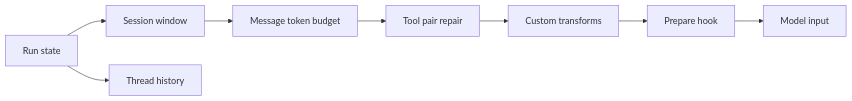
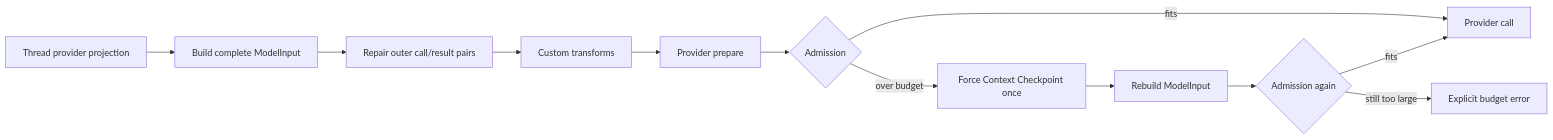
One commit to LunaY77/ello changed the diagram in docs/compact/request-message-trimming.md. Above: the diagram before and after it, drawn with Mermaid. The commit also changed other lines of this file and 617 other files, not shown here.

````diff
--- a/docs/compact/request-message-trimming.md
+++ b/docs/compact/request-message-trimming.md
@@ -19,10 +34,14 @@
 ```mermaid
 flowchart LR
-  S[Run state] --> W[Session window]
-  W --> B[Message token budget]
-  B --> P[Tool pair repair]
+  T[Thread provider projection] --> B[Build complete ModelInput]
+  B --> P[Repair outer call/result pairs]
   P --> U[Custom transforms]
-  U --> R[Prepare hook]
-  R --> M[Model input]
-  S --> H[Thread history]
+  U --> A[Provider prepare]
+  A --> C{Admission}
+  C -->|fits| M[Provider call]
+  C -->|over budget| K[Force Context Checkpoint once]
+  K --> R[Rebuild ModelInput]
+  R --> C2{Admission again}
+  C2 -->|fits| M
+  C2 -->|still too large| E[Explicit budget error]
 ```
````
